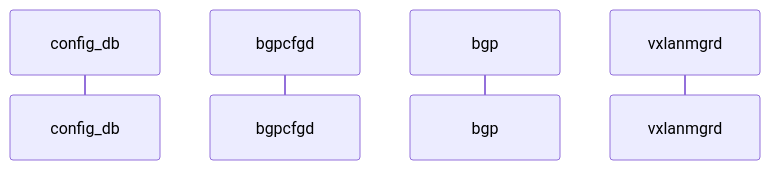
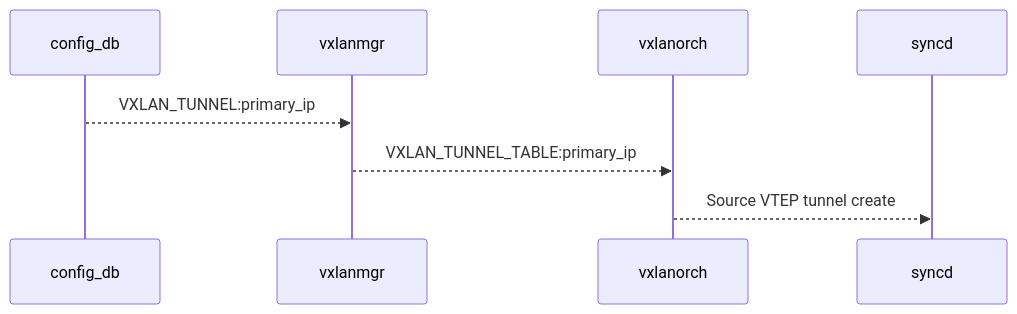
One commit to sg893052/sonic-buildimage changed the first of 2 diagrams in EVPN/LVTEP/evpn_vxlan_pip_hld.md. Above: the diagram before and after it, drawn with Mermaid. The commit also changed other lines of this file and 1 other file, not shown here.

````diff
--- a/EVPN/LVTEP/evpn_vxlan_pip_hld.md
+++ b/EVPN/LVTEP/evpn_vxlan_pip_hld.md
@@ -603,9 +725,12 @@
 ```mermaid
 sequenceDiagram
     participant config_db
-    participant bgpcfgd
-    participant bgp
-    participant vxlanmgrd
+    participant vxlanmgr
+    participant vxlanorch
+    participant syncd
+    config_db-->>vxlanmgr: VXLAN_TUNNEL:primary_ip
+    vxlanmgr-->>vxlanorch: VXLAN_TUNNEL_TABLE:primary_ip
+    vxlanorch-->>syncd: Source VTEP tunnel create
     
     
 ```
````
